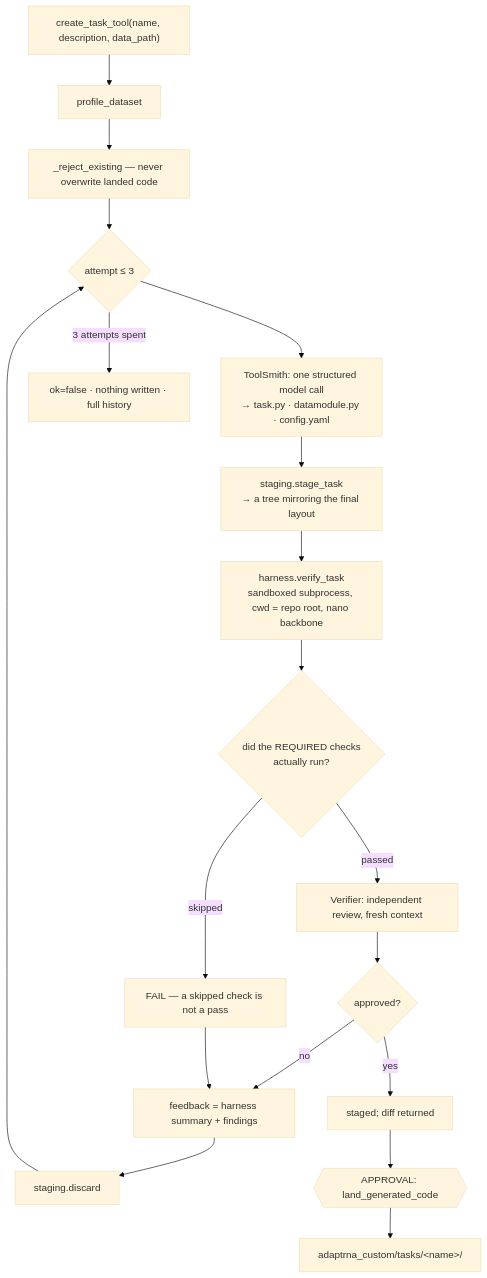
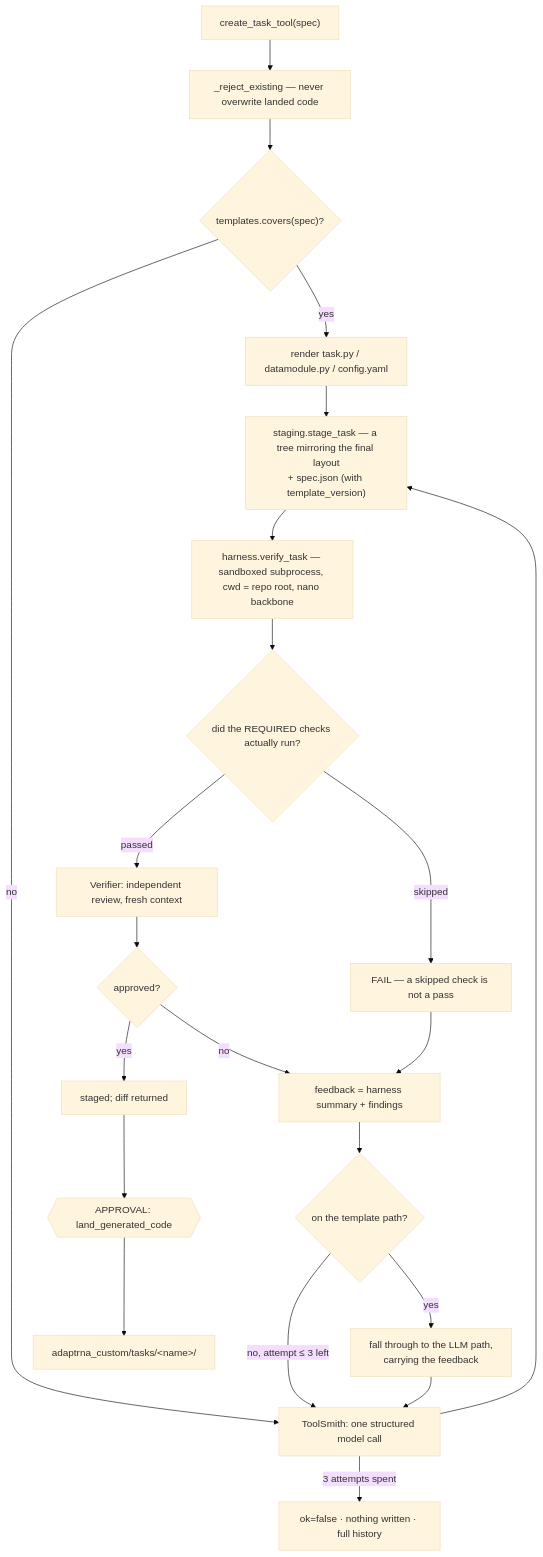
One commit to mhahmadi258/adaptrna changed the second of 2 diagrams in documents/workflows/new-task-codegen.md. Above: the diagram before and after it, drawn with Mermaid (base theme). The commit also changed other lines of this file and 25 other files, not shown here.

````diff
--- a/documents/workflows/new-task-codegen.md
+++ b/documents/workflows/new-task-codegen.md
@@ -66,20 +101,24 @@
 ```mermaid
 flowchart TD
-    A["create_task_tool(name, description, data_path)"] --> B["profile_dataset"]
-    B --> C["_reject_existing — never overwrite landed code"]
-    C --> LOOP{"attempt ≤ 3"}
-    LOOP --> D["ToolSmith: one structured model call<br/>→ task.py · datamodule.py · config.yaml"]
-    D --> E["staging.stage_task<br/>→ a tree mirroring the final layout"]
-    E --> F["harness.verify_task<br/>sandboxed subprocess, cwd = repo root, nano backbone"]
-    F --> G{"did the REQUIRED checks<br/>actually run?"}
+    A["create_task_tool(spec)"] --> B["_reject_existing — never overwrite landed code"]
+    B --> C{"templates.covers(spec)?"}
+    C -->|"yes"| D1["render task.py / datamodule.py / config.yaml"]
+    C -->|"no"| D2["ToolSmith: one structured model call"]
+    D1 --> E["staging.stage_task — a tree mirroring the final layout<br/>+ spec.json (with template_version)"]
+    D2 --> E
+    E --> F["harness.verify_task — sandboxed subprocess, cwd = repo root, nano backbone"]
+    F --> G{"did the REQUIRED checks actually run?"}
     G -->|"skipped"| X["FAIL — a skipped check is not a pass"]
     G -->|"passed"| H["Verifier: independent review, fresh context"]
     H --> I{"approved?"}
     I -->|"yes"| J["staged; diff returned"]
     I -->|"no"| K["feedback = harness summary + findings"]
     X --> K
-    K --> L["staging.discard"] --> LOOP
-    LOOP -->|"3 attempts spent"| M["ok=false · nothing written · full history"]
-    J --> N{{"APPROVAL: land_generated_code"}}
-    N --> O["adaptrna_custom/tasks/&lt;name&gt;/"]
+    K --> L{"on the template path?"}
+    L -->|"yes"| M["fall through to the LLM path,<br/>carrying the feedback"]
+    L -->|"no, attempt ≤ 3 left"| D2
+    M --> D2
+    D2 -->|"3 attempts spent"| N["ok=false · nothing written · full history"]
+    J --> G2{{"APPROVAL: land_generated_code"}}
+    G2 --> O["adaptrna_custom/tasks/&lt;name&gt;/"]
 ```
````
